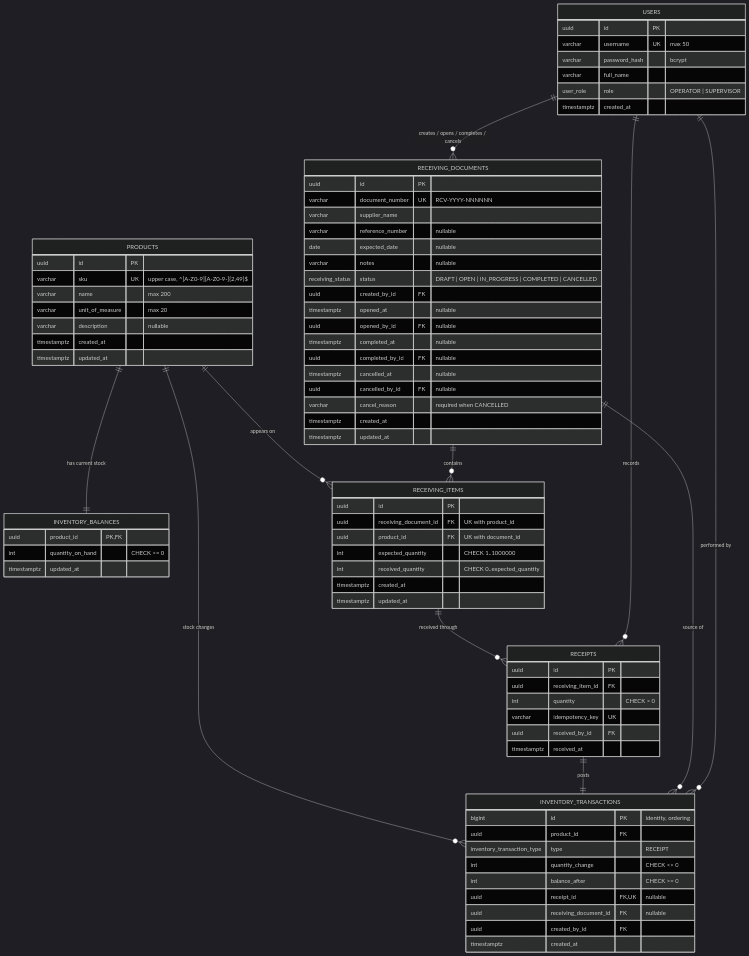
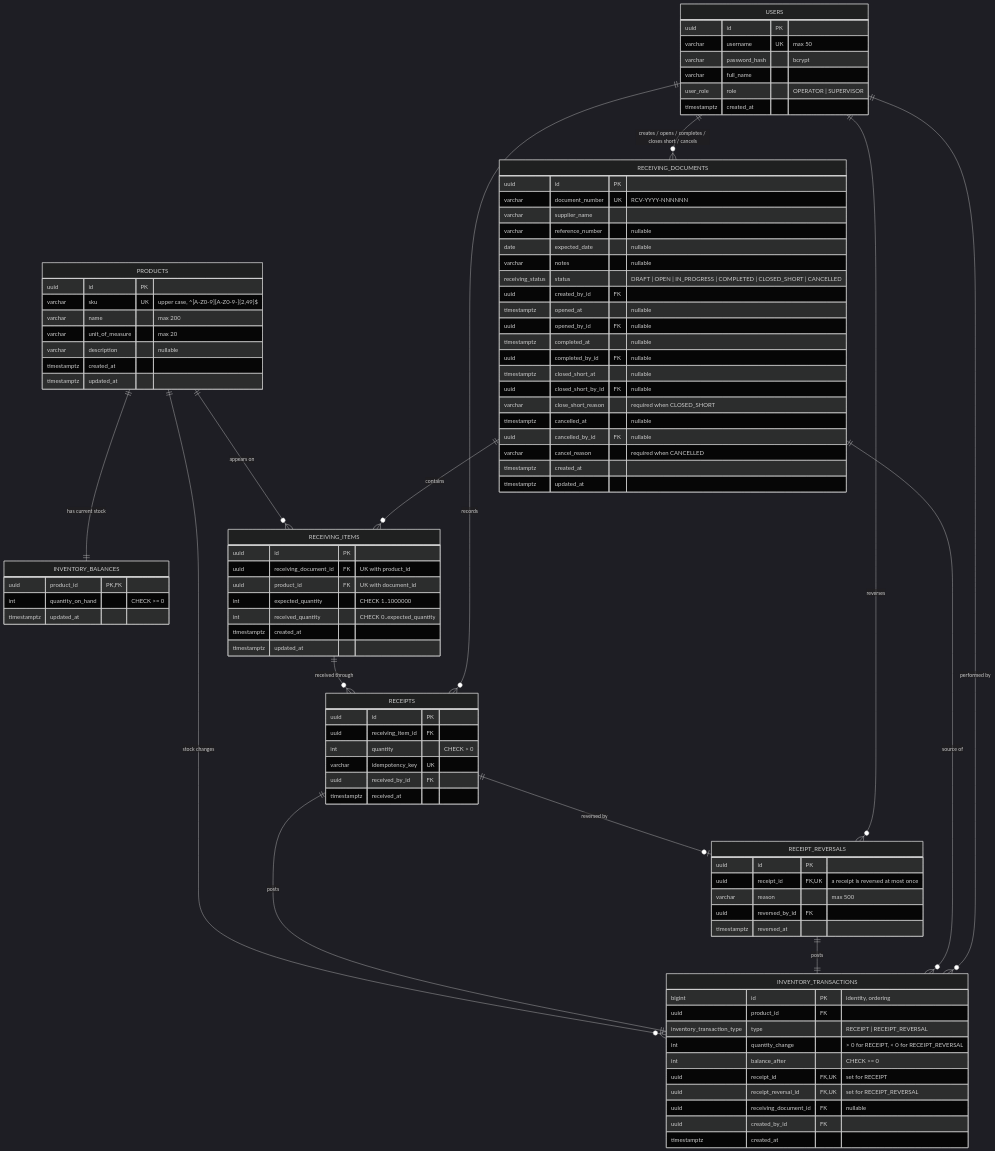
Before and after one commit to rowlys/wrs-warehouse-system: the diagram in docs/erd.mmd, drawn with Mermaid (dark theme). The commit also changed 9 other files, not shown here.

Commit message:
docs: resolve Q-01 close short and Q-02 receipt reversal (PRD v1.1)

```diff
--- a/docs/erd.mmd
+++ b/docs/erd.mmd
@@ -1,89 +1,104 @@
 %% Warehouse Receiving System - Entity Relationship Diagram
 %% Source of truth for columns and constraints: docs/technical-spec.md section 3.2
 erDiagram
   USERS {
     uuid id PK
     varchar username UK "max 50"
     varchar password_hash "bcrypt"
     varchar full_name
     user_role role "OPERATOR | SUPERVISOR"
     timestamptz created_at
   }
 
   PRODUCTS {
     uuid id PK
     varchar sku UK "upper case, ^[A-Z0-9][A-Z0-9-]{2,49}$"
     varchar name "max 200"
     varchar unit_of_measure "max 20"
     varchar description "nullable"
     timestamptz created_at
     timestamptz updated_at
   }
 
   INVENTORY_BALANCES {
     uuid product_id PK, FK
     int quantity_on_hand "CHECK >= 0"
     timestamptz updated_at
   }
 
   RECEIVING_DOCUMENTS {
     uuid id PK
     varchar document_number UK "RCV-YYYY-NNNNNN"
     varchar supplier_name
     varchar reference_number "nullable"
     date expected_date "nullable"
     varchar notes "nullable"
-    receiving_status status "DRAFT | OPEN | IN_PROGRESS | COMPLETED | CANCELLED"
+    receiving_status status "DRAFT | OPEN | IN_PROGRESS | COMPLETED | CLOSED_SHORT | CANCELLED"
     uuid created_by_id FK
     timestamptz opened_at "nullable"
     uuid opened_by_id FK "nullable"
     timestamptz completed_at "nullable"
     uuid completed_by_id FK "nullable"
+    timestamptz closed_short_at "nullable"
+    uuid closed_short_by_id FK "nullable"
+    varchar close_short_reason "required when CLOSED_SHORT"
     timestamptz cancelled_at "nullable"
     uuid cancelled_by_id FK "nullable"
     varchar cancel_reason "required when CANCELLED"
     timestamptz created_at
     timestamptz updated_at
   }
 
   RECEIVING_ITEMS {
     uuid id PK
     uuid receiving_document_id FK "UK with product_id"
     uuid product_id FK "UK with document_id"
     int expected_quantity "CHECK 1..1000000"
     int received_quantity "CHECK 0..expected_quantity"
     timestamptz created_at
     timestamptz updated_at
   }
 
   RECEIPTS {
     uuid id PK
     uuid receiving_item_id FK
     int quantity "CHECK > 0"
     varchar idempotency_key UK
     uuid received_by_id FK
     timestamptz received_at
   }
 
+  RECEIPT_REVERSALS {
+    uuid id PK
+    uuid receipt_id FK, UK "a receipt is reversed at most once"
+    varchar reason "max 500"
+    uuid reversed_by_id FK
+    timestamptz reversed_at
+  }
+
   INVENTORY_TRANSACTIONS {
     bigint id PK "identity, ordering"
     uuid product_id FK
-    inventory_transaction_type type "RECEIPT"
-    int quantity_change "CHECK <> 0"
+    inventory_transaction_type type "RECEIPT | RECEIPT_REVERSAL"
+    int quantity_change "> 0 for RECEIPT, < 0 for RECEIPT_REVERSAL"
     int balance_after "CHECK >= 0"
-    uuid receipt_id FK, UK "nullable"
+    uuid receipt_id FK, UK "set for RECEIPT"
+    uuid receipt_reversal_id FK, UK "set for RECEIPT_REVERSAL"
     uuid receiving_document_id FK "nullable"
     uuid created_by_id FK
     timestamptz created_at
   }
 
   PRODUCTS ||--|| INVENTORY_BALANCES : "has current stock"
   PRODUCTS ||--o{ RECEIVING_ITEMS : "appears on"
   PRODUCTS ||--o{ INVENTORY_TRANSACTIONS : "stock changes"
   RECEIVING_DOCUMENTS ||--o{ RECEIVING_ITEMS : "contains"
   RECEIVING_ITEMS ||--o{ RECEIPTS : "received through"
   RECEIPTS ||--|| INVENTORY_TRANSACTIONS : "posts"
+  RECEIPTS ||--o| RECEIPT_REVERSALS : "reversed by"
+  RECEIPT_REVERSALS ||--|| INVENTORY_TRANSACTIONS : "posts"
   RECEIVING_DOCUMENTS ||--o{ INVENTORY_TRANSACTIONS : "source of"
-  USERS ||--o{ RECEIVING_DOCUMENTS : "creates / opens / completes / cancels"
+  USERS ||--o{ RECEIVING_DOCUMENTS : "creates / opens / completes / closes short / cancels"
   USERS ||--o{ RECEIPTS : "records"
+  USERS ||--o{ RECEIPT_REVERSALS : "reverses"
   USERS ||--o{ INVENTORY_TRANSACTIONS : "performed by"
```
